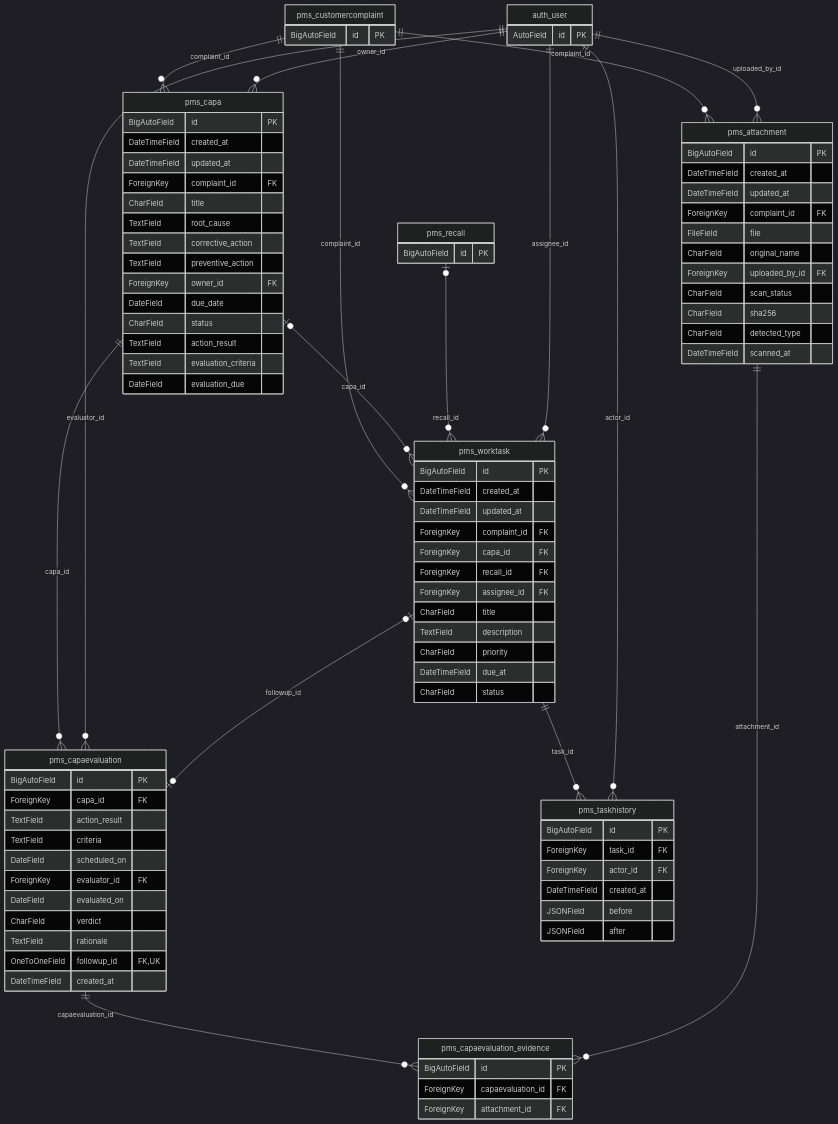
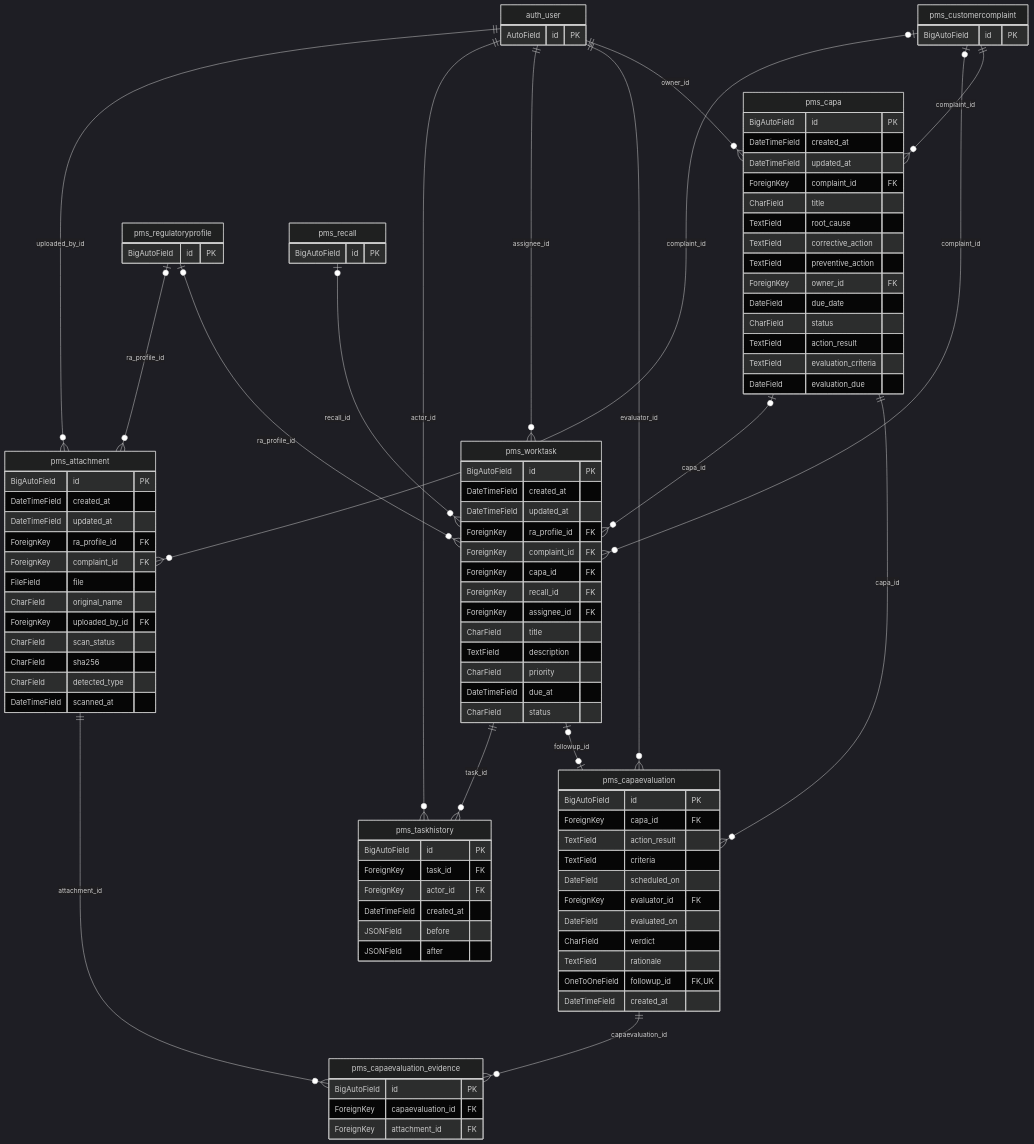
Before and after one commit to junhaj27-jpg/medical-divice-pms: the third of 17 diagrams in docs/erd.md, drawn with Mermaid (dark theme). The commit also changed other lines of this file and 47 other files, not shown here.

```diff
--- a/docs/erd.md
+++ b/docs/erd.md
@@ -245,6 +245,7 @@
         BigAutoField id PK
         DateTimeField created_at
         DateTimeField updated_at
+        ForeignKey ra_profile_id FK
         ForeignKey complaint_id FK
         ForeignKey capa_id FK
         ForeignKey recall_id FK
@@ -267,6 +268,7 @@
         BigAutoField id PK
         DateTimeField created_at
         DateTimeField updated_at
+        ForeignKey ra_profile_id FK
         ForeignKey complaint_id FK
         FileField file
         CharField original_name
@@ -287,6 +289,9 @@
     auth_user {
         AutoField id PK
     }
+    pms_regulatoryprofile {
+        BigAutoField id PK
+    }
     pms_recall {
         BigAutoField id PK
     }
@@ -295,13 +300,15 @@
     pms_capa ||--o{ pms_capaevaluation : "capa_id"
     auth_user ||--o{ pms_capaevaluation : "evaluator_id"
     pms_worktask |o--o| pms_capaevaluation : "followup_id"
-    pms_customercomplaint ||--o{ pms_worktask : "complaint_id"
+    pms_regulatoryprofile |o--o{ pms_worktask : "ra_profile_id"
+    pms_customercomplaint |o--o{ pms_worktask : "complaint_id"
     pms_capa |o--o{ pms_worktask : "capa_id"
     pms_recall |o--o{ pms_worktask : "recall_id"
     auth_user ||--o{ pms_worktask : "assignee_id"
     pms_worktask ||--o{ pms_taskhistory : "task_id"
     auth_user ||--o{ pms_taskhistory : "actor_id"
-    pms_customercomplaint ||--o{ pms_attachment : "complaint_id"
+    pms_regulatoryprofile |o--o{ pms_attachment : "ra_profile_id"
+    pms_customercomplaint |o--o{ pms_attachment : "complaint_id"
     auth_user ||--o{ pms_attachment : "uploaded_by_id"
     pms_capaevaluation ||--o{ pms_capaevaluation_evidence : "capaevaluation_id"
     pms_attachment ||--o{ pms_capaevaluation_evidence : "attachment_id"
```
